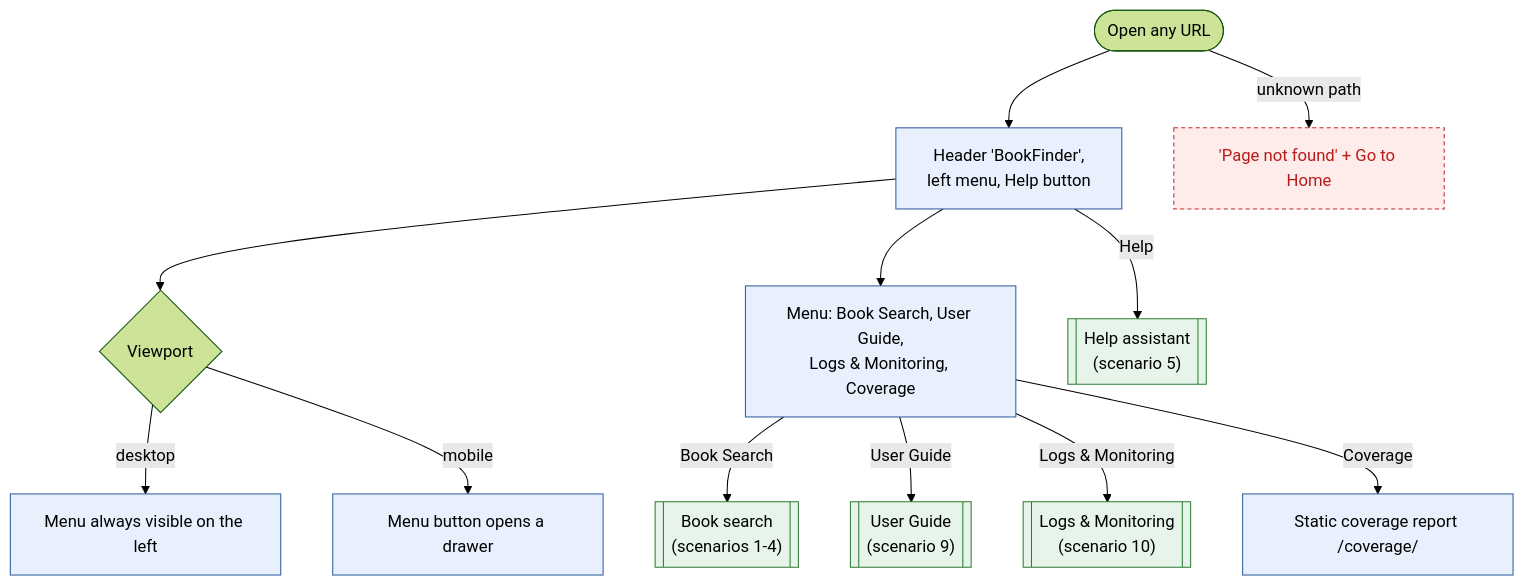
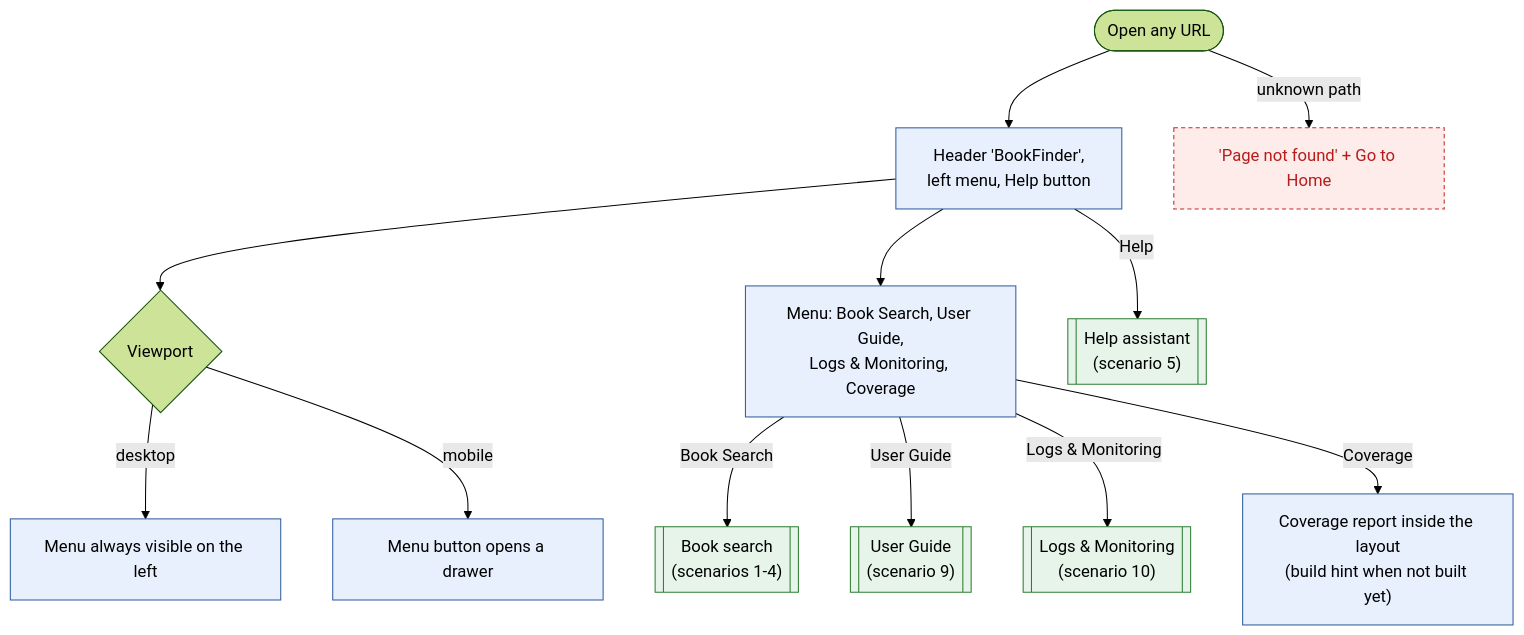
Before and after one commit to cd-jung/bookfinder: the diagram in ux-flows/08-app-shell.md, drawn with Mermaid (forest theme). The commit also changed 17 other files, not shown here.

````diff
--- a/ux-flows/08-app-shell.md
+++ b/ux-flows/08-app-shell.md
@@ -6,27 +6,27 @@
 ```mermaid
 flowchart TD
   open(["Open any URL"]) --> shell["Header 'BookFinder',<br/>left menu, Help button"]
   shell --> viewport{"Viewport"}
   viewport -->|"desktop"| permanent["Menu always visible on the left"]
   viewport -->|"mobile"| drawer["Menu button opens a drawer"]
   shell --> menu["Menu: Book Search, User Guide,<br/>Logs & Monitoring, Coverage"]
   menu -->|"Book Search"| home[["Book search<br/>(scenarios 1-4)"]]
   menu -->|"User Guide"| guide[["User Guide<br/>(scenario 9)"]]
   menu -->|"Logs & Monitoring"| logs[["Logs & Monitoring<br/>(scenario 10)"]]
-  menu -->|"Coverage"| coverage["Static coverage report /coverage/"]
+  menu -->|"Coverage"| coverage["Coverage report inside the layout<br/>(build hint when not built yet)"]
   shell -->|"Help"| help[["Help assistant<br/>(scenario 5)"]]
   open -->|"unknown path"| notFound["'Page not found' + Go to Home"]
 
   classDef screen fill:#e8f0fe,stroke:#2f5d9e
   classDef hidden fill:#fdecea,stroke:#c62828,stroke-dasharray:4 3,color:#b71c1c
   classDef link fill:#e6f4ea,stroke:#2e7d32
   class shell,permanent,drawer,menu,coverage screen
   class notFound hidden
   class home,guide,logs,help link
 
   %% link home 01-page-load-layout.md
   %% link guide 09-user-guide.md
   %% link logs 10-logs-monitoring.md
   %% link help 05-help-conversation.md
   %% guide 01-getting-started.md
 ```
````
